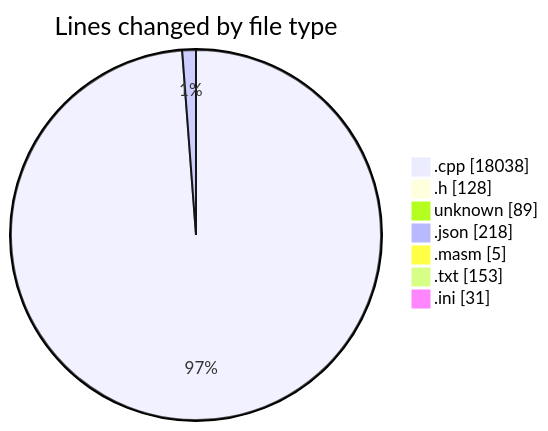
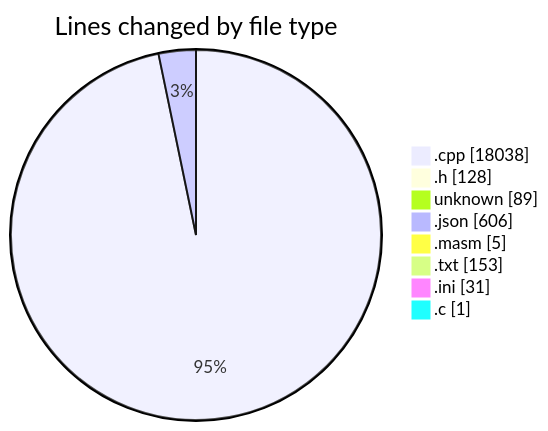
The first of 2 diagrams in 2025-04-29/c-masm/README.md (charlie-sans/code-tracking), drawn with Mermaid before and after one commit. The commit also changed other lines of this file and 1 other file, not shown here.

````diff
--- a/2025-04-29/c-masm/README.md
+++ b/2025-04-29/c-masm/README.md
@@ -33,11 +35,12 @@
 ```mermaid
 pie showData
 title Lines changed by file type
 ".cpp" : 18038
 ".h" : 128
 "unknown" : 89
-".json" : 218
+".json" : 606
 ".masm" : 5
 ".txt" : 153
 ".ini" : 31
+".c" : 1
 ```
````
